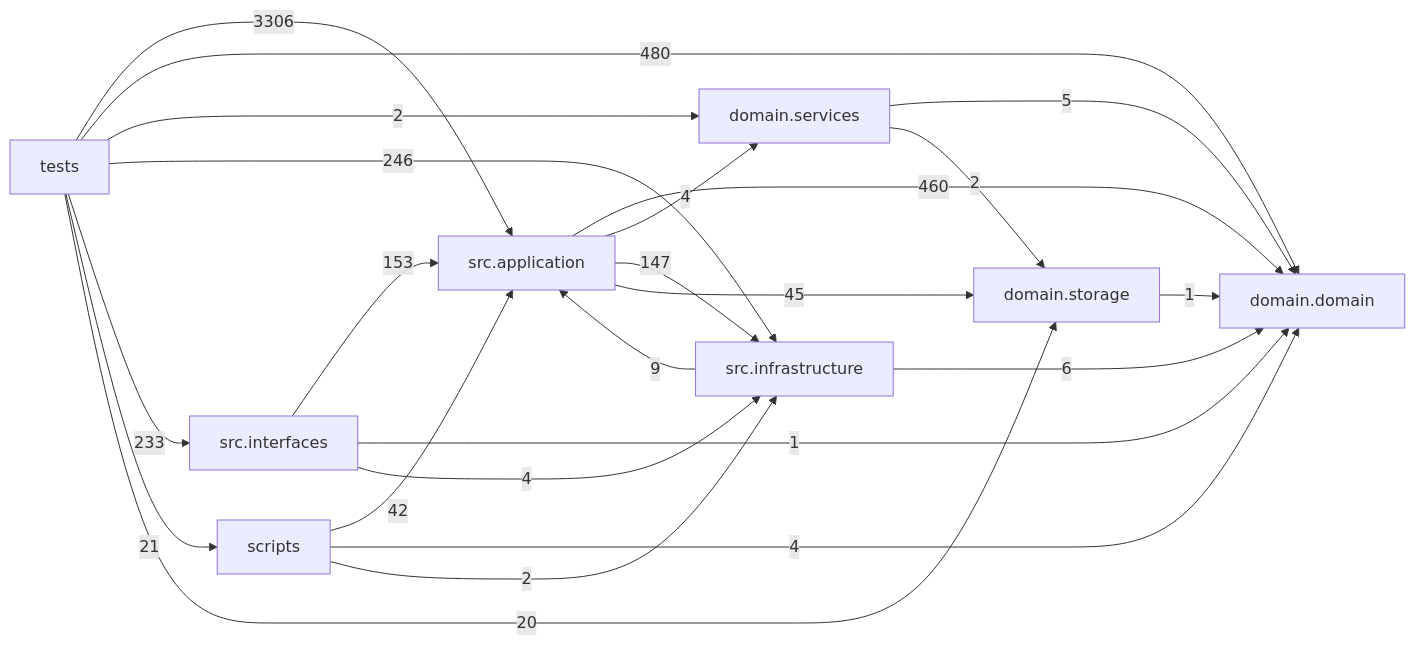
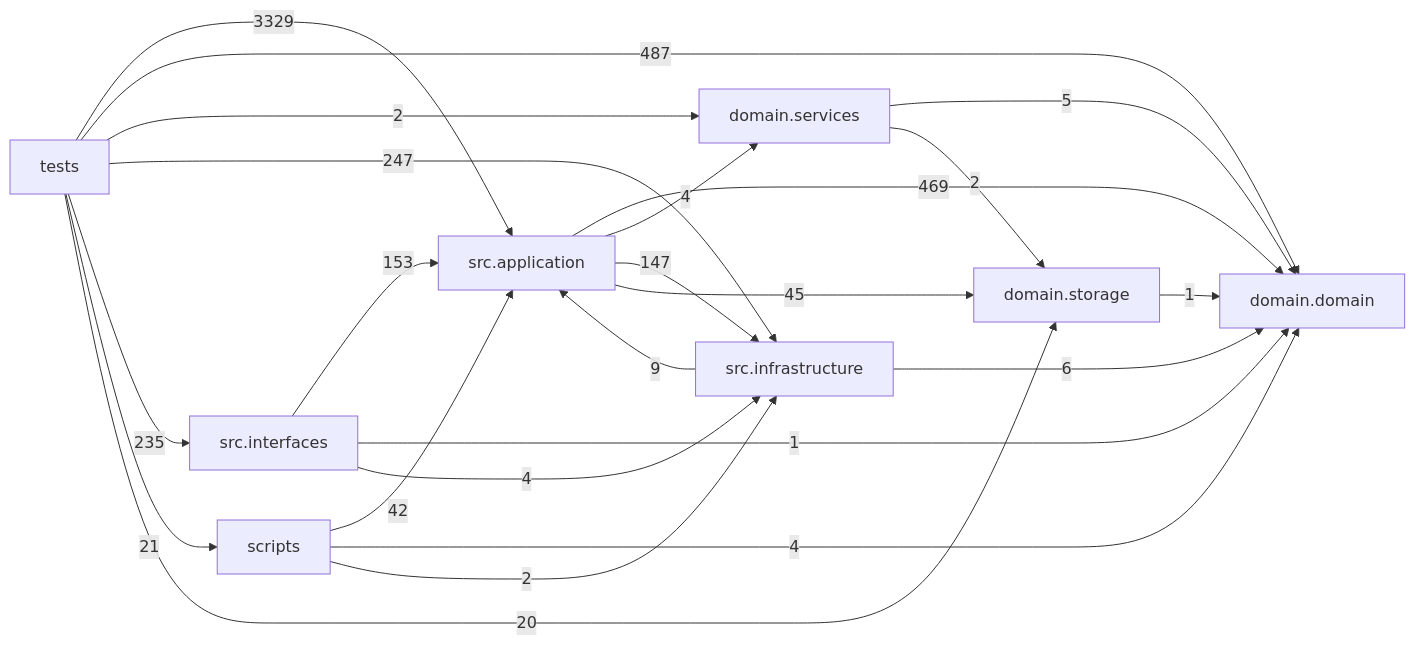
One commit to liuxie066/options-monitor changed the diagram in docs/DEPENDENCY_GRAPH.md. Above: the diagram before and after it, drawn with Mermaid. The commit also changed other lines of this file and 28 other files, not shown here.

````diff
--- a/docs/DEPENDENCY_GRAPH.md
+++ b/docs/DEPENDENCY_GRAPH.md
@@ -24,33 +24,33 @@
 ```mermaid
 flowchart LR
   tests["tests"]
   scripts["scripts"]
   interfaces["src.interfaces"]
   application["src.application"]
   infrastructure["src.infrastructure"]
   domain_services["domain.services"]
   domain["domain.domain"]
   storage["domain.storage"]
-  application -->|460| domain
+  application -->|469| domain
   application -->|4| domain_services
   application -->|147| infrastructure
   application -->|45| storage
   domain_services -->|5| domain
   domain_services -->|2| storage
   infrastructure -->|9| application
   infrastructure -->|6| domain
   interfaces -->|153| application
   interfaces -->|1| domain
   interfaces -->|4| infrastructure
   scripts -->|42| application
   scripts -->|4| domain
   scripts -->|2| infrastructure
   storage -->|1| domain
-  tests -->|3306| application
-  tests -->|480| domain
+  tests -->|3329| application
+  tests -->|487| domain
   tests -->|2| domain_services
-  tests -->|246| infrastructure
-  tests -->|233| interfaces
+  tests -->|247| infrastructure
+  tests -->|235| interfaces
   tests -->|21| scripts
   tests -->|20| storage
 ```
````
